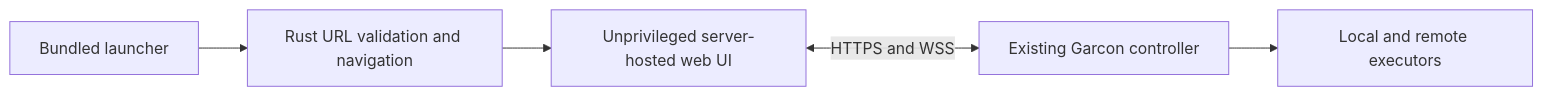
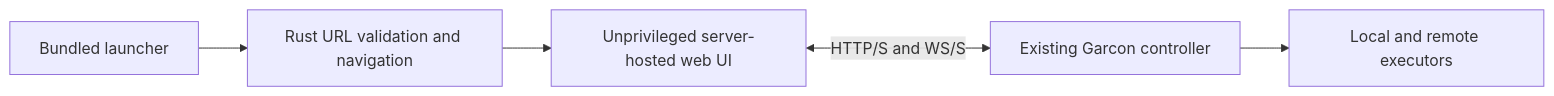
One commit to cfal/garcon changed the diagram in native/README.md. Above: the diagram before and after it, drawn with Mermaid. The commit also changed other lines of this file and 13 other files, not shown here.

````diff
--- a/native/README.md
+++ b/native/README.md
@@ -22,7 +22,7 @@
 ```mermaid
 flowchart LR
     Launcher[Bundled launcher] --> Host[Rust URL validation and navigation]
     Host --> Web[Unprivileged server-hosted web UI]
-    Web <-->|HTTPS and WSS| Controller[Existing Garcon controller]
+    Web <-->|HTTP/S and WS/S| Controller[Existing Garcon controller]
     Controller --> Executors[Local and remote executors]
 ```
````
